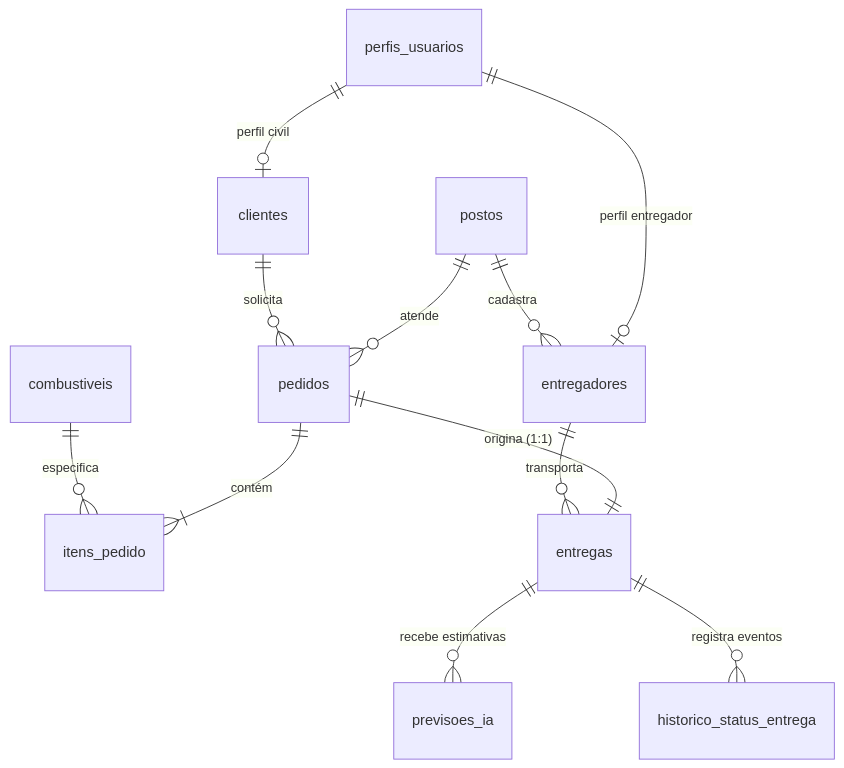
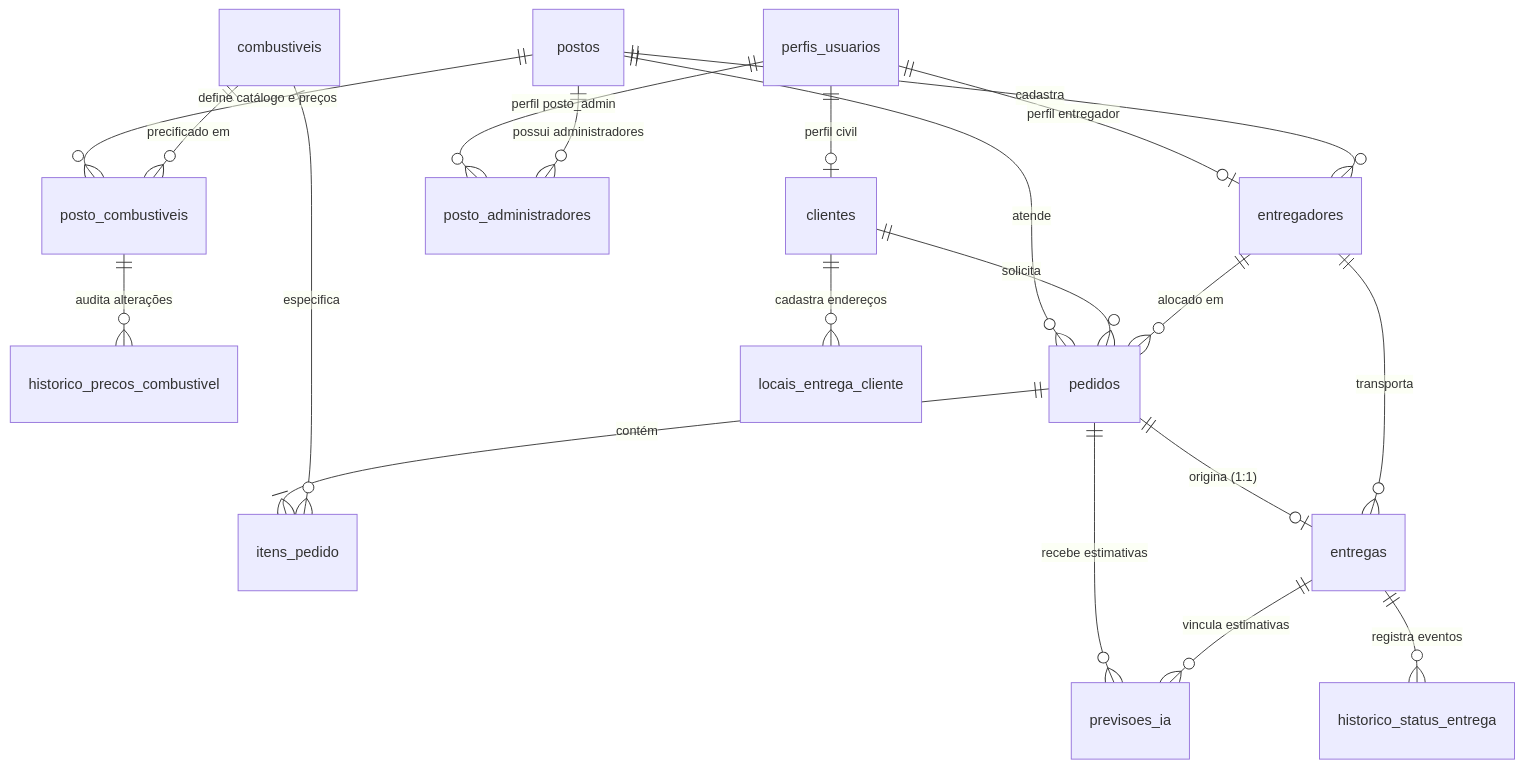
Before and after one commit to Iclasth/fuel-sync: the diagram in database/README.md, drawn with Mermaid. The commit also changed other lines of this file and 4 other files, not shown here.

````diff
--- a/database/README.md
+++ b/database/README.md
@@ -11,14 +11,22 @@
 ```mermaid
 erDiagram
     perfis_usuarios ||--o| clientes : "perfil civil"
     perfis_usuarios ||--o| entregadores : "perfil entregador"
+    perfis_usuarios ||--o{ posto_administradores : "perfil posto_admin"
+    postos ||--o{ posto_administradores : "possui administradores"
+    postos ||--o{ posto_combustiveis : "define catálogo e preços"
+    combustiveis ||--o{ posto_combustiveis : "precificado em"
+    posto_combustiveis ||--o{ historico_precos_combustivel : "audita alterações"
     postos ||--o{ entregadores : "cadastra"
     postos ||--o{ pedidos : "atende"
+    clientes ||--o{ locais_entrega_cliente : "cadastra endereços"
     clientes ||--o{ pedidos : "solicita"
     pedidos ||--|{ itens_pedido : "contém"
     combustiveis ||--o{ itens_pedido : "especifica"
-    pedidos ||--|| entregas : "origina (1:1)"
+    entregadores ||--o{ pedidos : "alocado em"
+    pedidos ||--o| entregas : "origina (1:1)"
     entregadores ||--o{ entregas : "transporta"
-    entregas ||--o{ previsoes_ia : "recebe estimativas"
+    pedidos ||--o{ previsoes_ia : "recebe estimativas"
+    entregas ||--o{ previsoes_ia : "vincula estimativas"
     entregas ||--o{ historico_status_entrega : "registra eventos"
 ```
````
